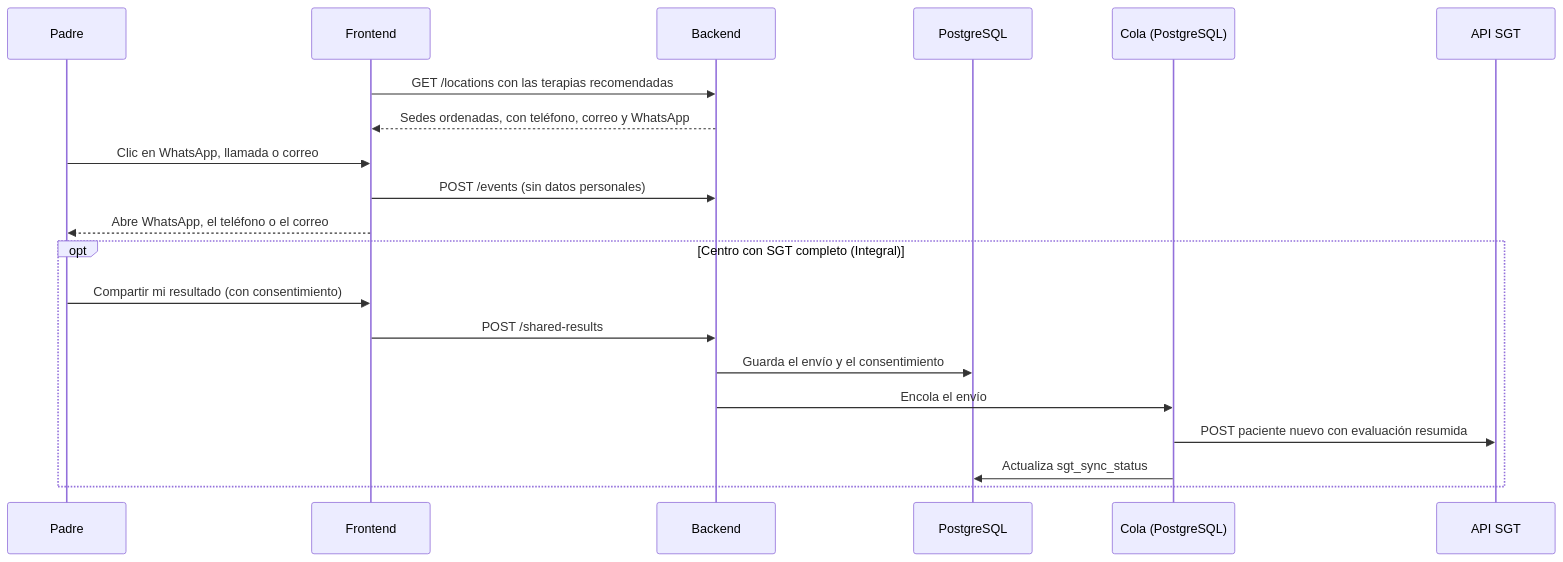
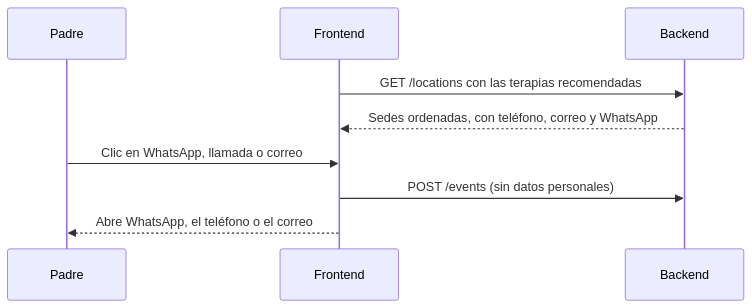
The fifth of 7 diagrams in docs/arquitectura_conecta.md (ErnestoSCL/neuroa-modelo-tamizaje), drawn with Mermaid before and after one commit. The commit also changed other lines of this file and 3 other files, not shown here.

First line of the commit message:
Vínculo padre–centro confirmado por el padre en lugar de compartir resultado

````diff
--- a/docs/arquitectura_conecta.md
+++ b/docs/arquitectura_conecta.md
@@ -368,22 +390,11 @@
 ```mermaid
 sequenceDiagram
     participant Pa as Padre
     participant W as Frontend
     participant A as Backend
-    participant DB as PostgreSQL
-    participant Q as Cola (PostgreSQL)
-    participant S as API SGT
     W->>A: GET /locations con las terapias recomendadas
     A-->>W: Sedes ordenadas, con teléfono, correo y WhatsApp
     Pa->>W: Clic en WhatsApp, llamada o correo
     W->>A: POST /events (sin datos personales)
     W-->>Pa: Abre WhatsApp, el teléfono o el correo
-    opt Centro con SGT completo (Integral)
-        Pa->>W: Compartir mi resultado (con consentimiento)
-        W->>A: POST /shared-results
-        A->>DB: Guarda el envío y el consentimiento
-        A->>Q: Encola el envío
-        Q->>S: POST paciente nuevo con evaluación resumida
-        Q->>DB: Actualiza sgt_sync_status
-    end
 ```
````
